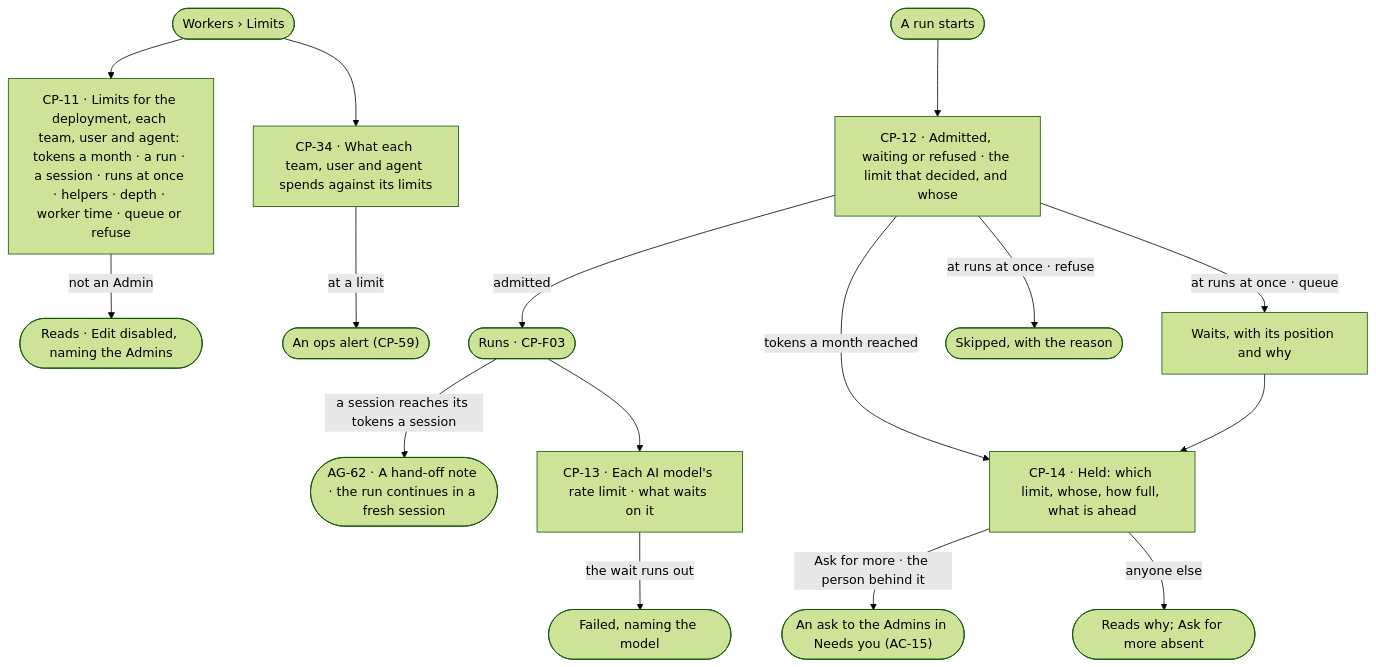
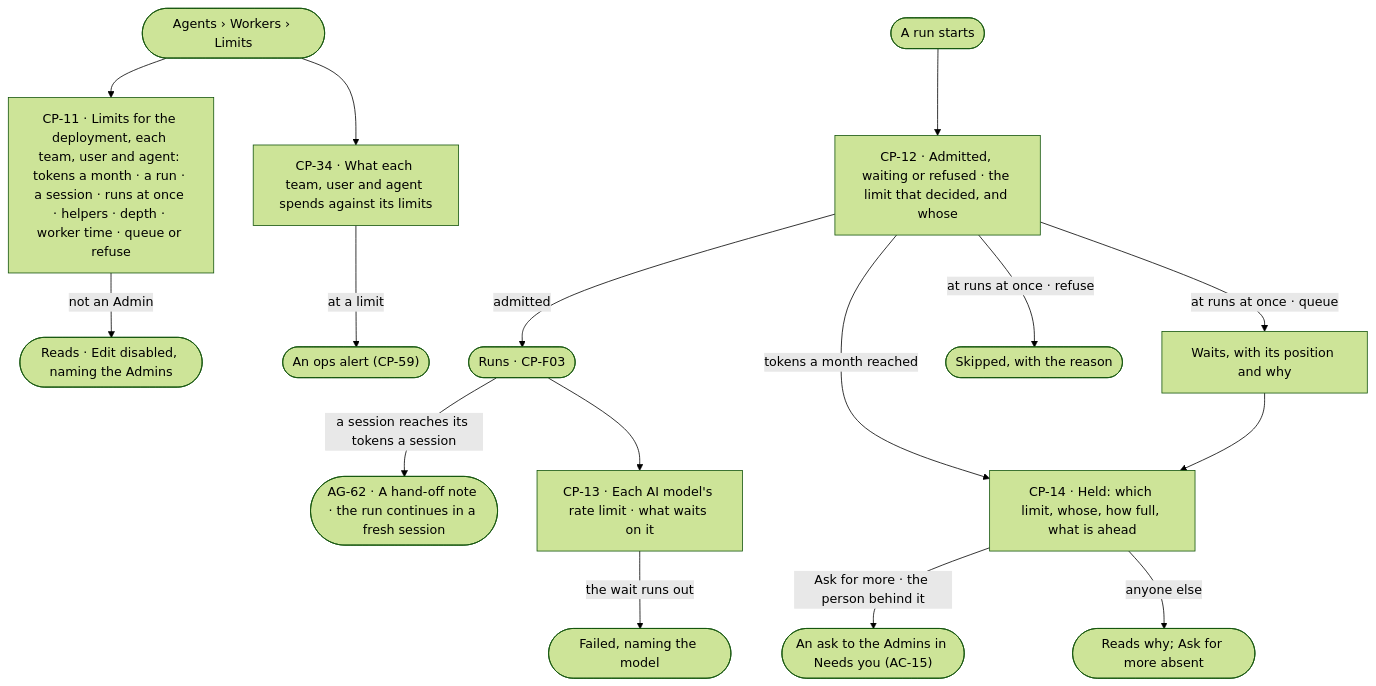
The diagram in specs/os/control/features/CP-F04-limits/feature.md (invana/invana), drawn with Mermaid (forest theme) before and after one commit. The commit also changed other lines of this file and 106 other files, not shown here.

````diff
--- a/specs/os/control/features/CP-F04-limits/feature.md
+++ b/specs/os/control/features/CP-F04-limits/feature.md
@@ -27,18 +27,18 @@
 ```mermaid
 flowchart TD
-  s([Workers › Limits]) --> lim["CP-11 · Limits for the deployment, each team, user and agent: tokens a month · a run · a session · runs at once · helpers · depth · worker time · queue or refuse"]
+  s([Agents › Workers › Limits]) --> lim["CP-11 · Limits for the deployment, each team, user and agent: tokens a month · a run · a session · runs at once · helpers · depth · worker time · queue or refuse"]
   lim -->|not an Admin| ro(["Reads · Edit disabled, naming the Admins"])
   s --> use["CP-34 · What each team, user and agent spends against its limits"]
   use -->|at a limit| al(["An ops alert (CP-59)"])
   start([A run starts]) --> adm["CP-12 · Admitted, waiting or refused · the limit that decided, and whose"]
   adm -->|admitted| go(["Runs · CP-F03"])
   go -->|a session reaches its tokens a session| cont(["AG-62 · A hand-off note · the run continues in a fresh session"])
   adm -->|at runs at once · queue| w["Waits, with its position and why"]
   adm -->|at runs at once · refuse| no(["Skipped, with the reason"])
   adm -->|tokens a month reached| held["CP-14 · Held: which limit, whose, how full, what is ahead"]
   go --> ai["CP-13 · Each AI model's rate limit · what waits on it"]
   ai -->|the wait runs out| f(["Failed, naming the model"])
   w --> held
   held -->|Ask for more · the person behind it| ask(["An ask to the Admins in Needs you (AC-15)"])
   held -->|anyone else| why(["Reads why; Ask for more absent"])
 ```
````
